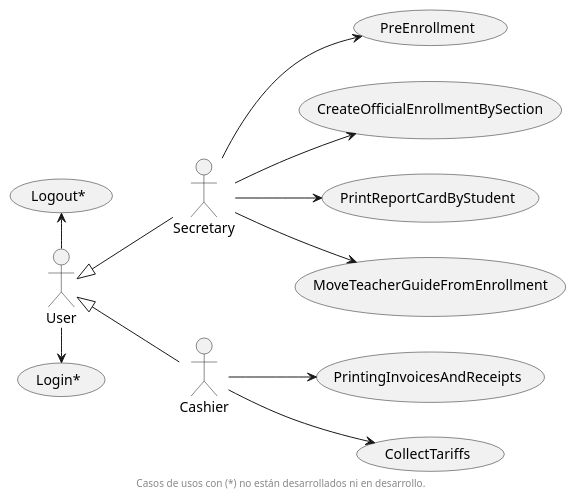
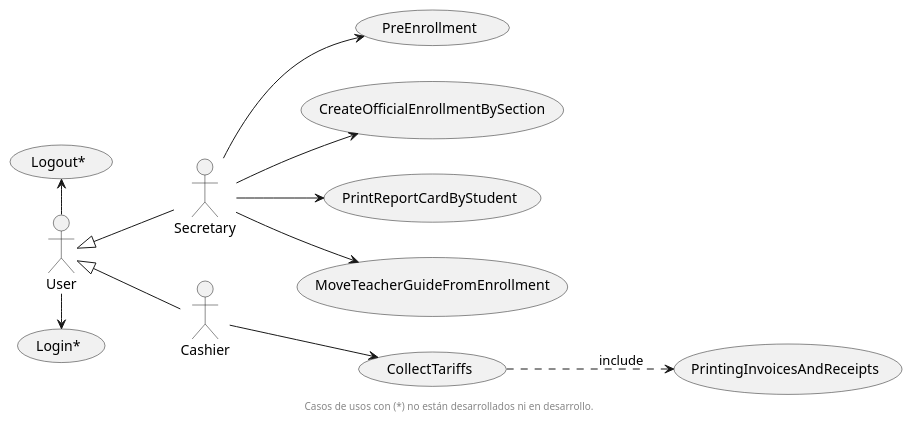
One commit to wsmcbl/wsmcbl.doc changed the diagram in UseCaseView/UseCases.puml. Above: the diagram before and after it, drawn with PlantUML. The commit also changed 10 other files, not shown here.

```diff
--- a/UseCaseView/UseCases.puml
+++ b/UseCaseView/UseCases.puml
@@ -1,36 +1,37 @@
 @startuml
-skinparam BackgroundColor transparent
+'skinparam BackgroundColor transparent
 left to right direction
 
 actor User
 actor Secretary
 actor Cashier
 
 User <|-- Secretary
 User <|-- Cashier
 
 usecase "Login*"
 usecase "Logout*"
 
 usecase PreEnrollment
 usecase CreateOfficialEnrollmentBySection
 usecase PrintingInvoicesAndReceipts
 usecase PrintReportCardByStudent
 usecase MoveTeacherGuideFromEnrollment
 usecase CollectTariffs
 
 User -> "Login*"
 User -left-> "Logout*"
 
 
 Secretary --> PreEnrollment
 Secretary --> CreateOfficialEnrollmentBySection
 Secretary --> PrintReportCardByStudent
 Secretary --> MoveTeacherGuideFromEnrollment
 
-Cashier --> PrintingInvoicesAndReceipts
 Cashier --> CollectTariffs
+
+CollectTariffs ..> PrintingInvoicesAndReceipts: include
 
 footer Casos de usos con (*) no están desarrollados ni en desarrollo.
 
 @enduml
```
